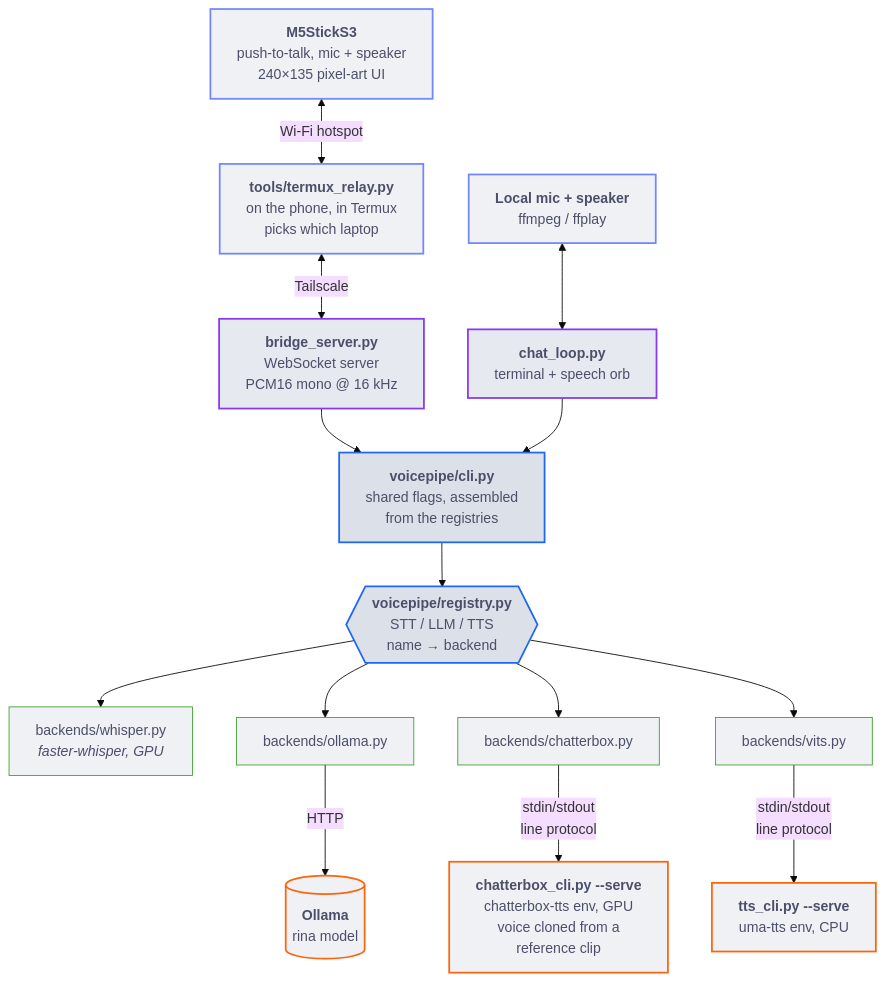
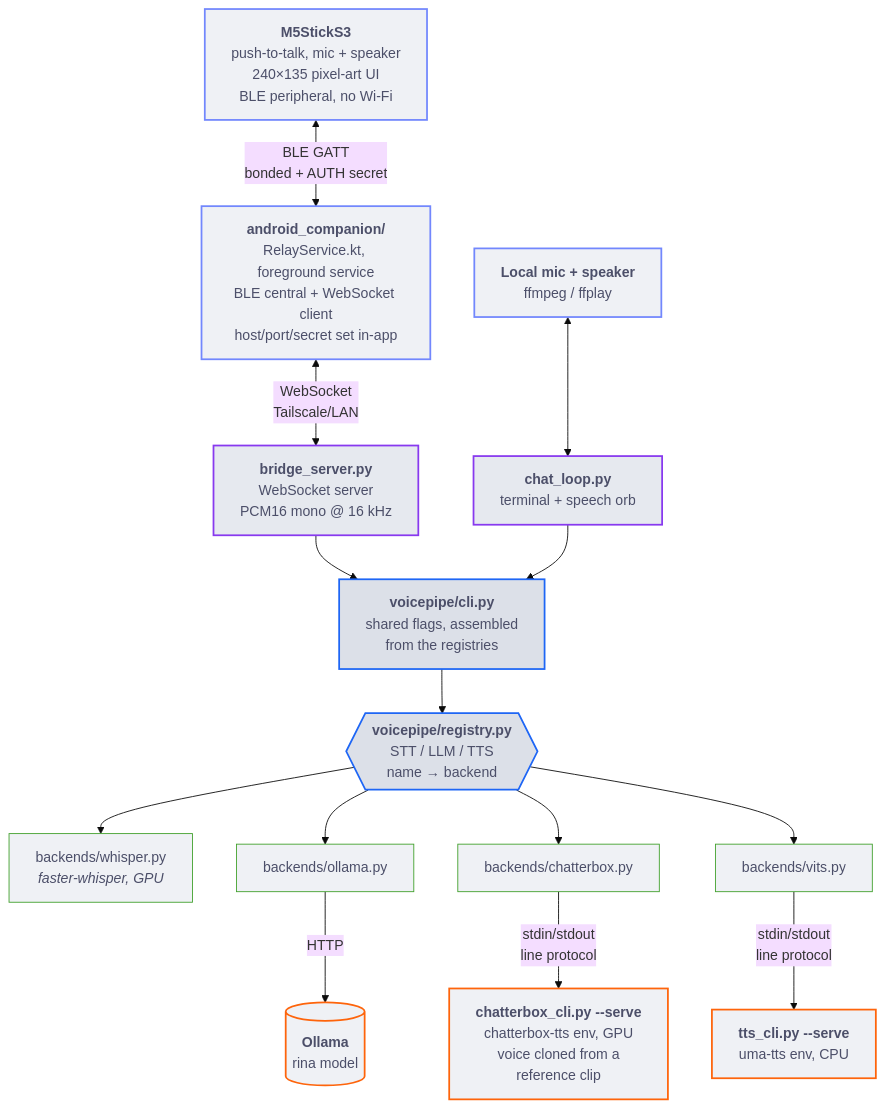
One commit to adixg/ai-companion changed the first of 2 diagrams in README.md. Above: the diagram before and after it, drawn with Mermaid (base theme). The commit also changed other lines of this file and 2 other files, not shown here.

First line of the commit message:
README: update architecture for the BLE migration

````diff
--- a/README.md
+++ b/README.md
@@ -36,49 +43,49 @@
 ```mermaid
 flowchart TB
-    stick["<b>M5StickS3</b><br>push-to-talk, mic + speaker<br>240×135 pixel-art UI"]
+    stick["<b>M5StickS3</b><br>push-to-talk, mic + speaker<br>240×135 pixel-art UI<br>BLE peripheral, no Wi-Fi"]
     local["<b>Local mic + speaker</b><br>ffmpeg / ffplay"]
 
-    relay["<b>tools/termux_relay.py</b><br>on the phone, in Termux<br>picks which laptop"]
+    relay["<b>android_companion/</b><br>RelayService.kt, foreground service<br>BLE central + WebSocket client<br>host/port/secret set in-app"]
 
     bridge["<b>bridge_server.py</b><br>WebSocket server<br>PCM16 mono @ 16 kHz"]
     loop["<b>chat_loop.py</b><br>terminal + speech orb"]
 
     cli["<b>voicepipe/cli.py</b><br>shared flags, assembled<br>from the registries"]
     reg{{"<b>voicepipe/registry.py</b><br>STT / LLM / TTS<br>name → backend"}}
 
     stt["backends/whisper.py<br><i>faster-whisper, GPU</i>"]
     llmb["backends/ollama.py"]
     cbb["backends/chatterbox.py"]
     vitsb["backends/vits.py"]
 
     ollama[("<b>Ollama</b><br>rina model")]
     cbw["<b>chatterbox_cli.py --serve</b><br>chatterbox-tts env, GPU<br>voice cloned from a<br>reference clip"]
     vitsw["<b>tts_cli.py --serve</b><br>uma-tts env, CPU"]
 
-    stick <-->|"Wi-Fi hotspot"| relay
-    relay <-->|"Tailscale"| bridge
+    stick <-->|"BLE GATT<br>bonded + AUTH secret"| relay
+    relay <-->|"WebSocket<br>Tailscale/LAN"| bridge
     local <--> loop
 
     bridge --> cli
     loop --> cli
     cli --> reg
     reg --> stt
     reg --> llmb
     reg --> cbb
     reg --> vitsb
 
     llmb -->|HTTP| ollama
     cbb -->|"stdin/stdout<br>line protocol"| cbw
     vitsb -->|"stdin/stdout<br>line protocol"| vitsw
 
     classDef device fill:#eff1f5,stroke:#7287fd,stroke-width:2px,color:#4c4f69
     classDef entry fill:#e6e9ef,stroke:#8839ef,stroke-width:2px,color:#4c4f69
     classDef core fill:#dce0e8,stroke:#1e66f5,stroke-width:2px,color:#4c4f69
     classDef backend fill:#eff1f5,stroke:#40a02b,color:#4c4f69
     classDef worker fill:#eff1f5,stroke:#fe640b,stroke-width:2px,color:#4c4f69
     class stick,local,relay device
     class bridge,loop entry
     class cli,reg core
     class stt,llmb,cbb,vitsb backend
     class ollama,cbw,vitsw worker
 ```
````
